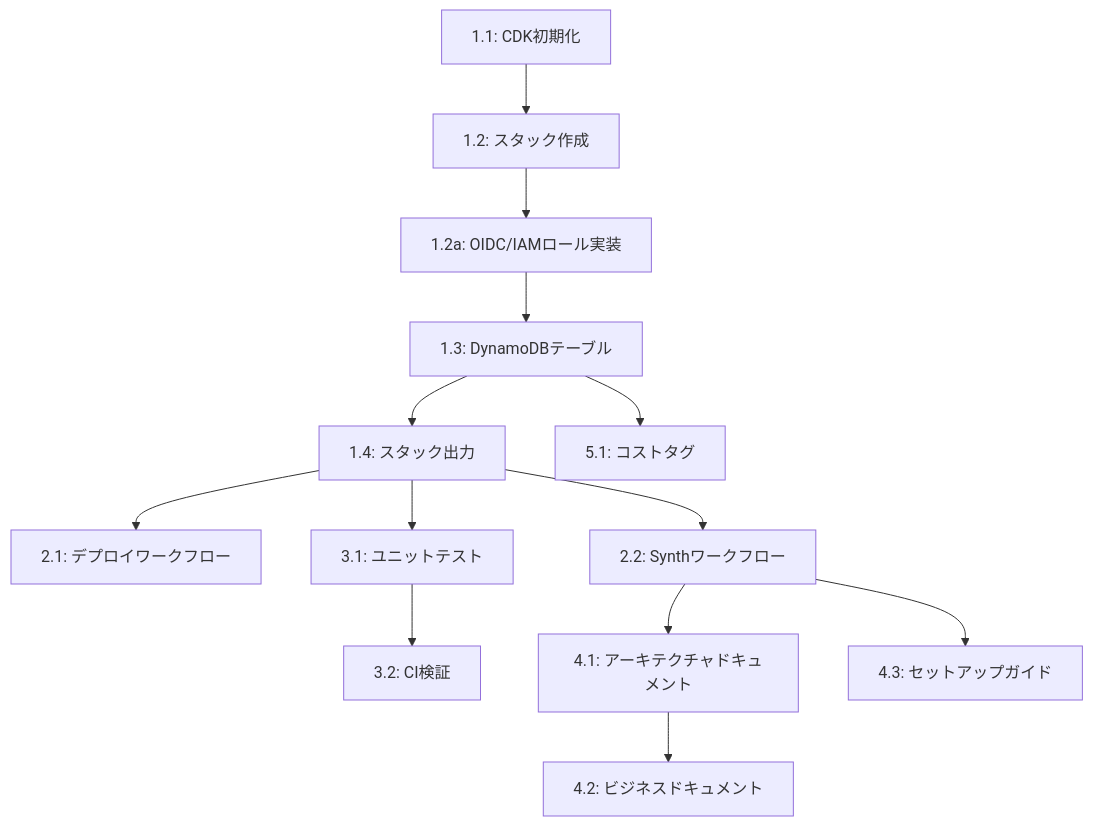
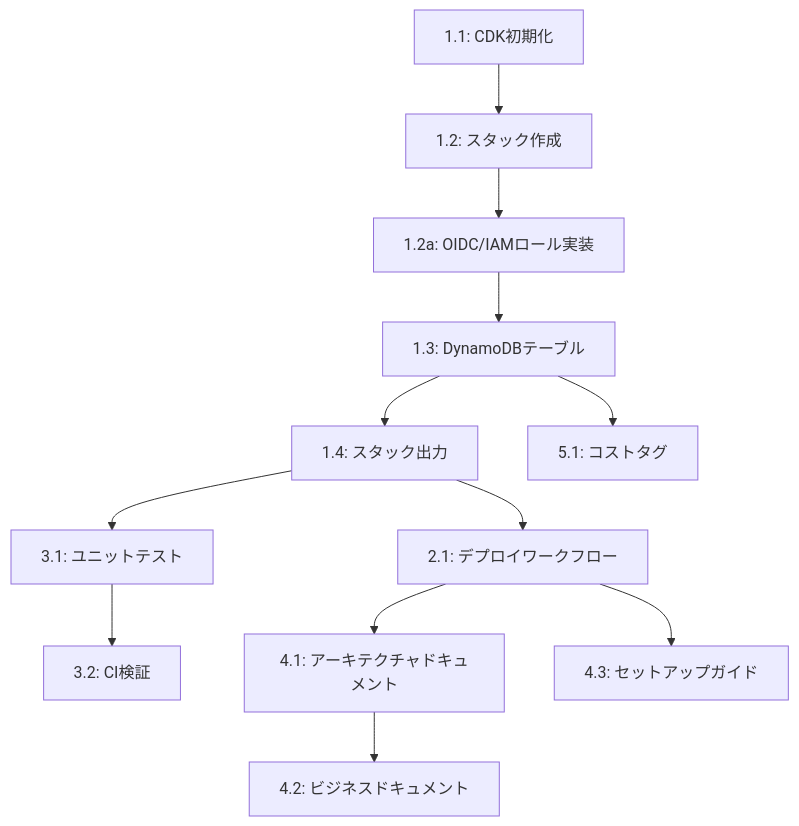
The diagram in specs/1-aws-clock-table-cicd/tasks.md (goataka/attendance-kit), drawn with Mermaid before and after one commit. The commit also changed other lines of this file and 28 other files, not shown here.

````diff
--- a/specs/1-aws-clock-table-cicd/tasks.md
+++ b/specs/1-aws-clock-table-cicd/tasks.md
@@ -312,15 +289,14 @@
 ```mermaid
 graph TD
     T1.1[1.1: CDK初期化] --> T1.2[1.2: スタック作成]
     T1.2 --> T1.2a[1.2a: OIDC/IAMロール実装]
     T1.2a --> T1.3[1.3: DynamoDBテーブル]
     T1.3 --> T1.4[1.4: スタック出力]
     T1.4 --> T2.1[2.1: デプロイワークフロー]
-    T1.4 --> T2.2[2.2: Synthワークフロー]
     T1.4 --> T3.1[3.1: ユニットテスト]
     T3.1 --> T3.2[3.2: CI検証]
-    T2.2 --> T4.1[4.1: アーキテクチャドキュメント]
+    T2.1 --> T4.1[4.1: アーキテクチャドキュメント]
     T4.1 --> T4.2[4.2: ビジネスドキュメント]
-    T2.2 --> T4.3[4.3: セットアップガイド]
+    T2.1 --> T4.3[4.3: セットアップガイド]
     T1.3 --> T5.1[5.1: コストタグ]
 ```
````
